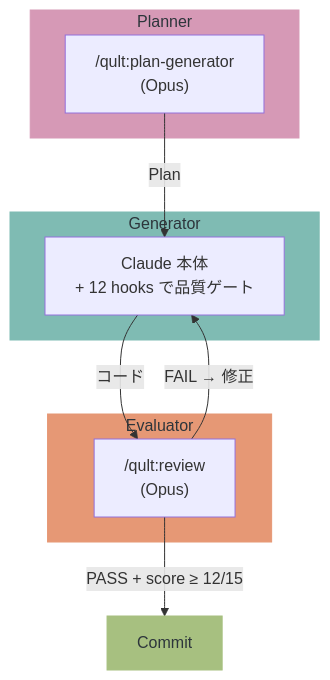
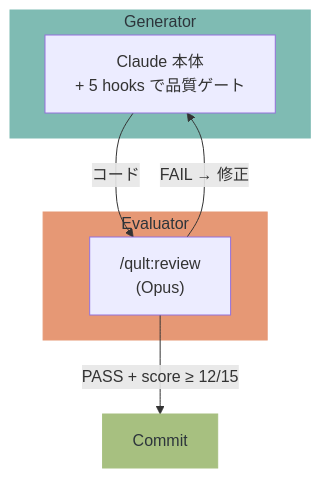
Before and after one commit to hir4ta/qult: the second of 2 diagrams in README.md, drawn with Mermaid. The commit also changed other lines of this file and 42 other files, not shown here.

````diff
--- a/README.md
+++ b/README.md
@@ -45,22 +45,17 @@
 ```mermaid
 flowchart TB
-    subgraph Planner["Planner"]
-        PG["/qult:plan-generator\n(Opus)"]
-    end
     subgraph Generator["Generator"]
-        Claude["Claude 本体\n+ 12 hooks で品質ゲート"]
+        Claude["Claude 本体\n+ 5 hooks で品質ゲート"]
     end
     subgraph Evaluator["Evaluator"]
         Rev["/qult:review\n(Opus)"]
     end
 
-    PG -- "Plan" --> Claude
     Claude -- "コード" --> Rev
     Rev -- "FAIL → 修正" --> Claude
     Rev -- "PASS + score ≥ 12/15" --> Done["Commit"]
 
-    style Planner fill:#d699b6,color:#2d353b,stroke:#d699b6
     style Generator fill:#7fbbb3,color:#2d353b,stroke:#7fbbb3
     style Evaluator fill:#e69875,color:#2d353b,stroke:#e69875
     style Done fill:#a7c080,color:#2d353b,stroke:#a7c080
 ```
````
